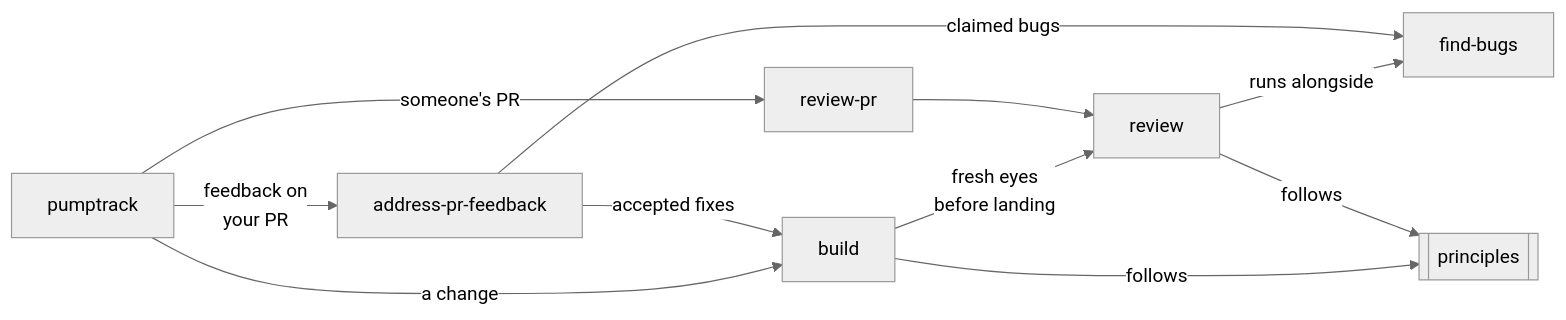
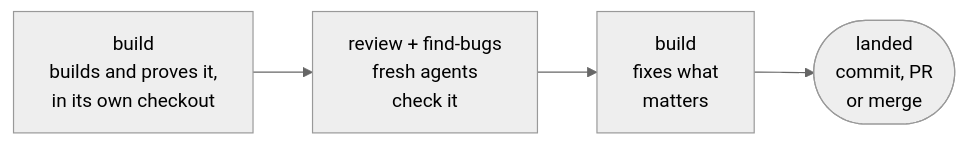
Before and after one commit to brandonbews/pumptrack: the second of 3 diagrams in README.md, drawn with Mermaid (neutral theme). The commit also changed other lines of this file, not shown here.

Commit message:
README redesigned for a fast read: three small diagrams, setup drawn on its own, and the skills in five short tables

````diff
--- a/README.md
+++ b/README.md
@@ -30,14 +25,4 @@
 ```mermaid
 flowchart LR
-  pt["pumptrack"]
-  pt -->|"a change"| build["build"]
-  build -->|"fresh eyes<br/>before landing"| review["review"]
-  review -->|"runs alongside"| bugs["find-bugs"]
-  pt -->|"someone's PR"| prreview["review-pr"]
-  prreview --> review
-  pt -->|"feedback on<br/>your PR"| feedback["address-pr-feedback"]
-  feedback -->|"accepted fixes"| build
-  feedback -->|"claimed bugs"| bugs
-  build -->|"follows"| principles[["principles"]]
-  review -->|"follows"| principles
+  build["build<br/>builds and proves it,<br/>in its own checkout"] --> review["review + find-bugs<br/>fresh agents<br/>check it"] --> fix["build<br/>fixes what<br/>matters"] --> landed(["landed<br/>commit, PR<br/>or merge"])
 ```
````
